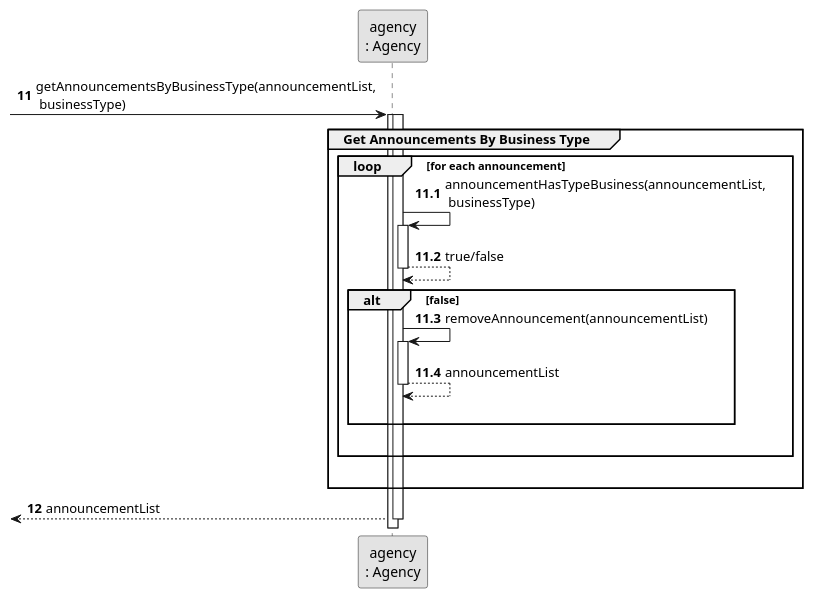
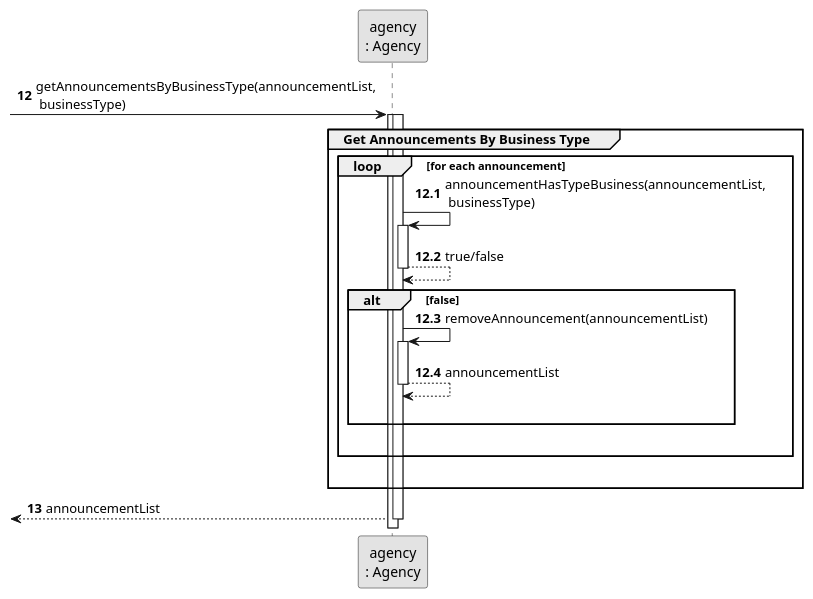
The diagram in docs/sprintB/us001/03.design/puml/us001-sequence-diagram-partial-get-announcements-by-business-type.puml (rita-barbosa/LAPR2-2223), drawn with PlantUML before and after one commit. The commit also changed 15 other files, not shown here.

Commit message:
Update Sequence Diagram [US001][Design].

```diff
--- a/docs/sprintB/us001/03.design/puml/us001-sequence-diagram-partial-get-announcements-by-business-type.puml
+++ b/docs/sprintB/us001/03.design/puml/us001-sequence-diagram-partial-get-announcements-by-business-type.puml
@@ -1,43 +1,43 @@
 @startuml
 skinparam monochrome true
 skinparam packageStyle rectangle
 skinparam shadowing false
 
 participant "agency\n: Agency" as AGENCY
 
-autonumber 11
+autonumber 12
 -> AGENCY : getAnnouncementsByBusinessType(announcementList,\n businessType)
 activate AGENCY
 
-autonumber 11.1
+autonumber 12.1
 activate AGENCY
     group Get Announcements By Business Type
 
         loop for each announcement
 
                     AGENCY -> AGENCY : announcementHasTypeBusiness(announcementList,\n businessType)
                     activate AGENCY
 
                     AGENCY --> AGENCY: true/false
                     deactivate AGENCY
 
                     alt false
                     AGENCY -> AGENCY : removeAnnouncement(announcementList)
                     activate AGENCY
 
                     AGENCY --> AGENCY: announcementList
                     deactivate AGENCY
                     |||
                    end
                 |||
                 end
                 |||
     end
 
-    autonumber 12
+    autonumber 13
 
     <-- AGENCY : announcementList
 deactivate AGENCY
 
 
 @enduml
```
